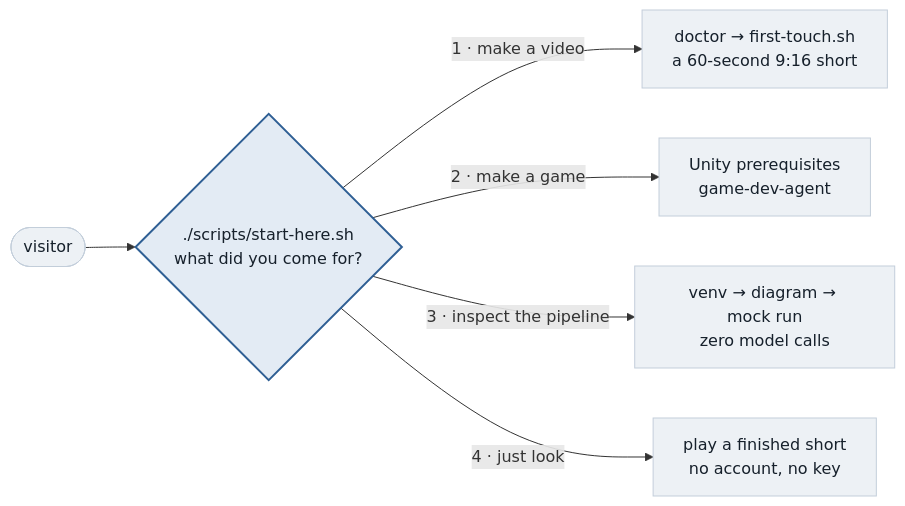
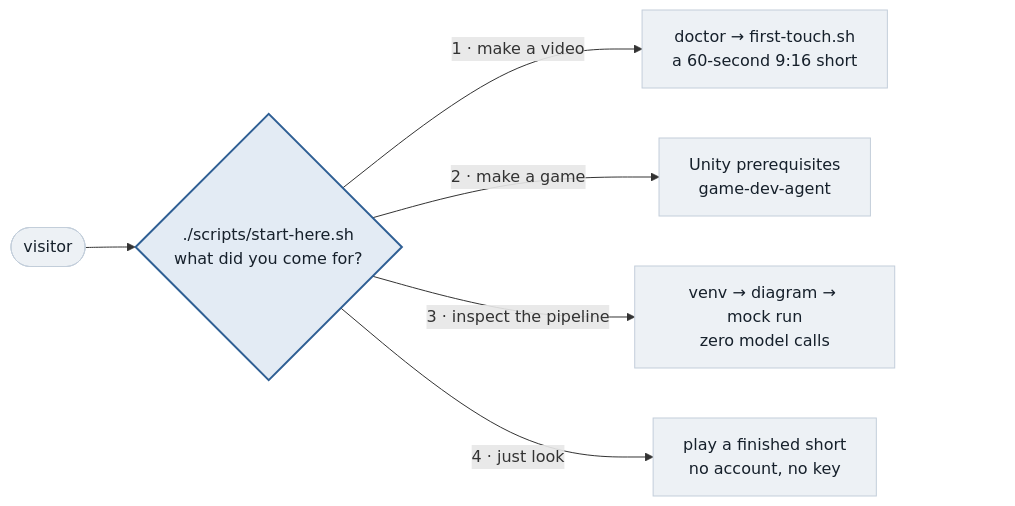
The third of 3 diagrams in README.md (MelonS/MelonS-Agents), drawn with Mermaid before and after one commit. The commit also changed other lines of this file and 3 other files, not shown here.

First line of the commit message:
fix(readme): 구조도 하단에 보이지 않는 여백 — GitHub 확대 컨트롤과 겹침 해소

````diff
--- a/README.md
+++ b/README.md
@@ -200,12 +210,16 @@
 ```mermaid
 flowchart LR
   V(["visitor"]) --> Q{"./scripts/start-here.sh<br/>what did you come for?"}
   Q -- "1 · make a video" --> A1["doctor → first-touch.sh<br/>a 60-second 9:16 short"]
   Q -- "2 · make a game" --> A2["Unity prerequisites<br/>game-dev-agent"]
   Q -- "3 · inspect the pipeline" --> A3["venv → diagram → mock run<br/>zero model calls"]
   Q -- "4 · just look" --> A4["play a finished short<br/>no account, no key"]
+  ctrl_gap[" "]
+  A4 ~~~ ctrl_gap
   classDef step fill:#EDF1F5,stroke:#C3CEDA,stroke-width:1px,color:#16202B
   classDef ask fill:#E3EBF4,stroke:#2F5F94,stroke-width:2px,color:#16202B
+  classDef gap fill:none,stroke:none,color:#00000000
   class A1,A2,A3,A4,V step
   class Q ask
+  class ctrl_gap gap
 ```
````
